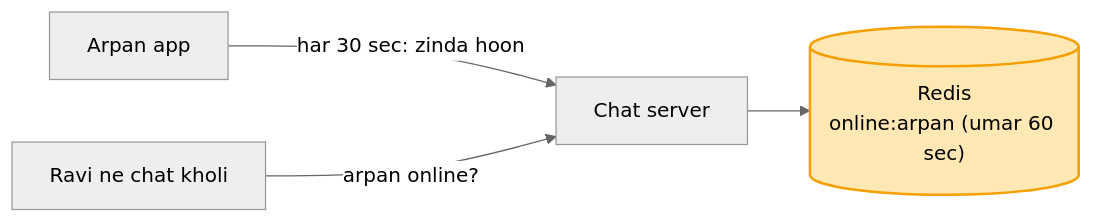
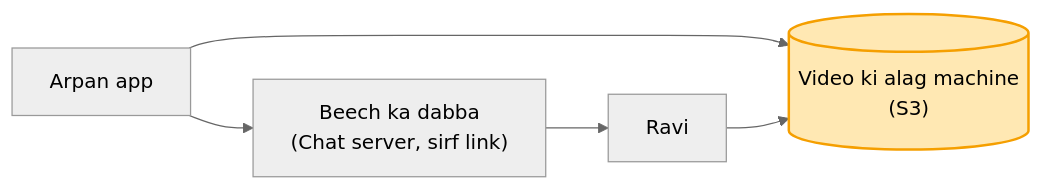
The fourth of 4 diagrams in 04_HLD/SYSTEM_DESIGNS/14_chat_messaging/14_chat_messaging.md (ArpanMaheshwari144/Prep), drawn with Mermaid (neutral theme) before and after one commit. The commit also changed other lines of this file and 13 other files, not shown here.

````diff
--- a/04_HLD/SYSTEM_DESIGNS/14_chat_messaging/14_chat_messaging.md
+++ b/04_HLD/SYSTEM_DESIGNS/14_chat_messaging/14_chat_messaging.md
@@ -530,7 +144,8 @@
 ```mermaid
 flowchart LR
-    A["Arpan app"] -- "har 30 sec: zinda hoon" --> S["Chat server"]
-    S --> R[("Redis<br/>online:arpan (umar 60 sec)")]
-    RV["Ravi ne chat kholi"] -- "arpan online?" --> S
-    style R fill:#ffe8b3,stroke:#f59f00,stroke-width:2px,color:#000
+    A["Arpan app"] --> V[("Video ki alag machine<br/>(S3)")]
+    A --> S["Beech ka dabba<br/>(Chat server, sirf link)"]
+    S --> R["Ravi"]
+    R --> V
+    style V fill:#ffe8b3,stroke:#f59f00,stroke-width:2px,color:#000
 ```
````
